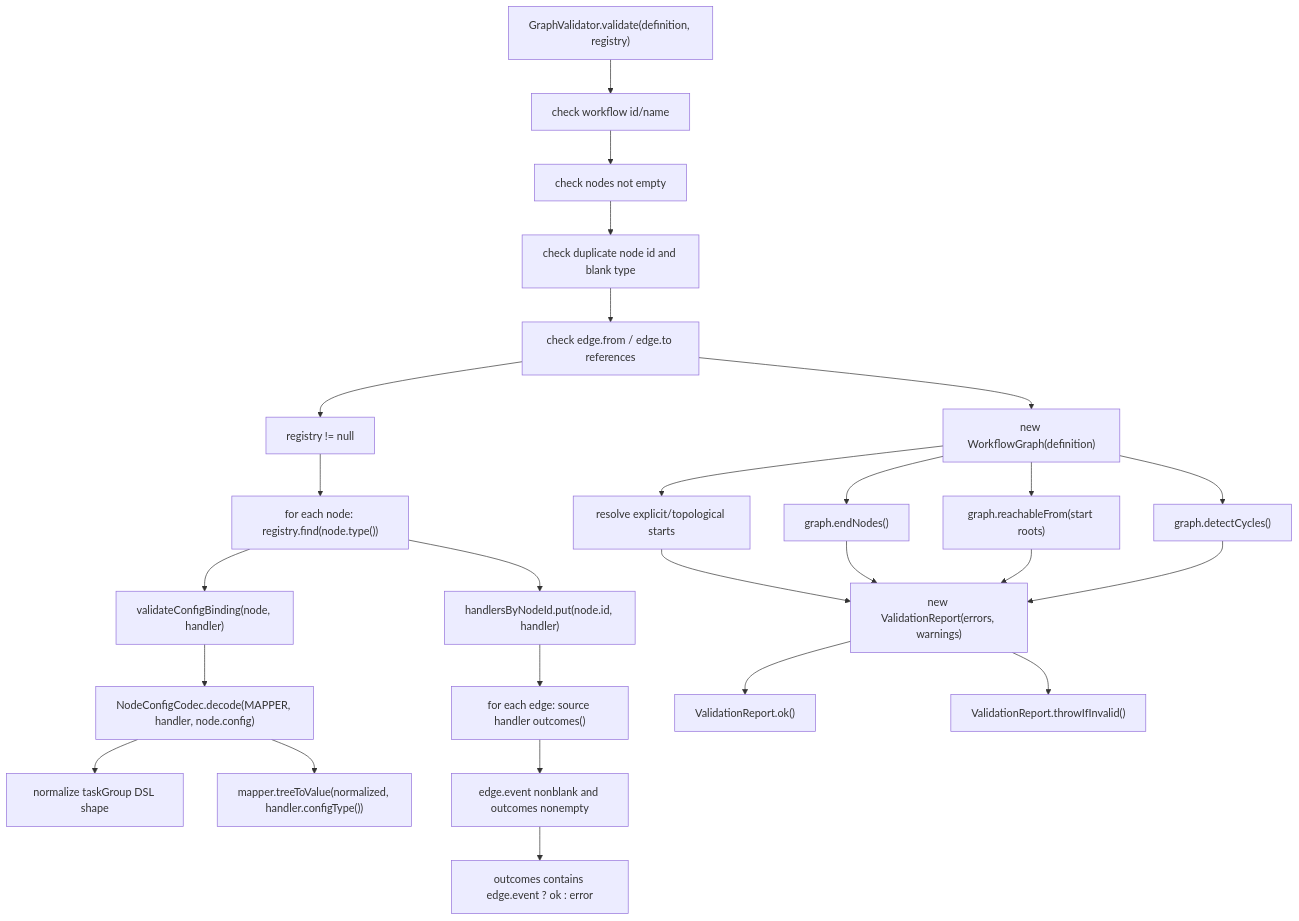
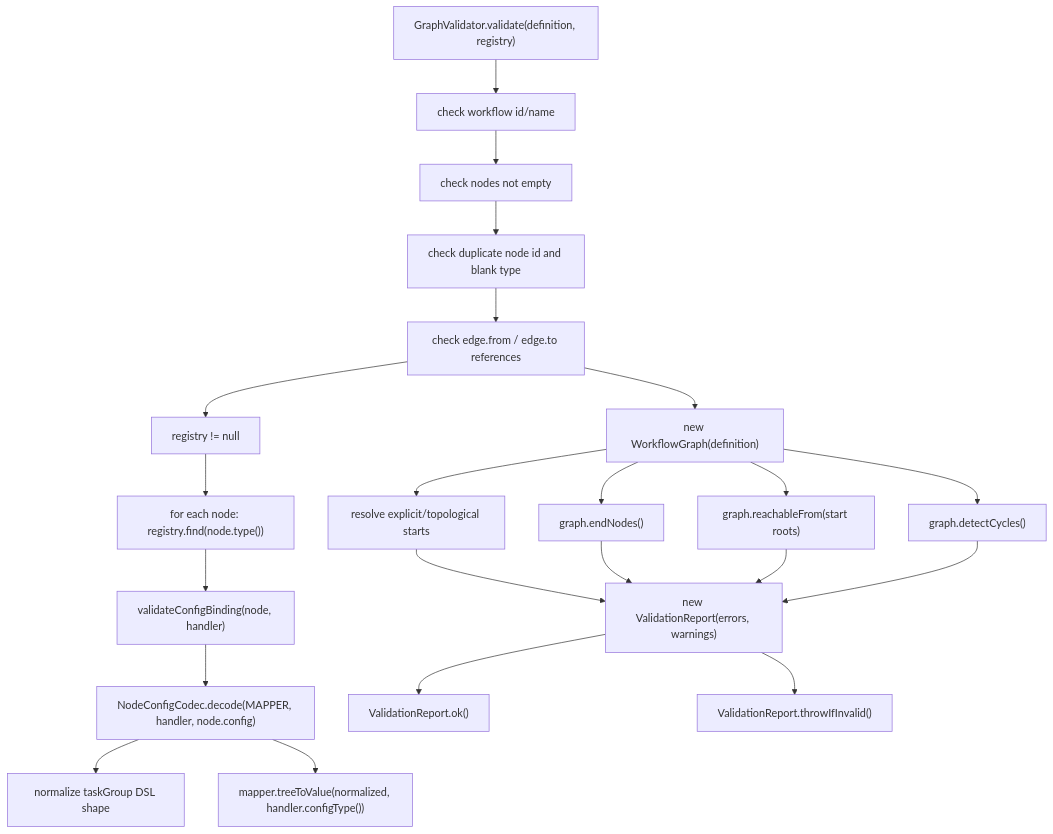
One commit to michelleclar/Infrastructure changed the fifth of 23 diagrams in infrastructure-component-workflow-core/docs/CALL_GRAPH.md. Above: the diagram before and after it, drawn with Mermaid. The commit also changed other lines of this file and 58 other files, not shown here.

Commit message:
Refactor workflow docs and handlers to use string outcomes

````diff
--- a/infrastructure-component-workflow-core/docs/CALL_GRAPH.md
+++ b/infrastructure-component-workflow-core/docs/CALL_GRAPH.md
@@ -182,28 +182,24 @@
 ```mermaid
 flowchart TD
     A["GraphValidator.validate(definition, registry)"] --> B["check workflow id/name"]
     B --> C["check nodes not empty"]
     C --> D["check duplicate node id and blank type"]
     D --> E["check edge.from / edge.to references"]
     E --> F["registry != null"]
     F --> G["for each node: registry.find(node.type())"]
     G --> H["validateConfigBinding(node, handler)"]
     H --> I["NodeConfigCodec.decode(MAPPER, handler, node.config)"]
     I --> I1["normalize taskGroup DSL shape"]
     I --> I2["mapper.treeToValue(normalized, handler.configType())"]
-    G --> J["handlersByNodeId.put(node.id, handler)"]
-    J --> K["for each edge: source handler outcomes()"]
-    K --> L["edge.event nonblank and outcomes nonempty"]
-    L --> M["outcomes contains edge.event ? ok : error"]
     E --> N["new WorkflowGraph(definition)"]
     N --> O["resolve explicit/topological starts"]
     N --> P["graph.endNodes()"]
     N --> Q["graph.reachableFrom(start roots)"]
     N --> R["graph.detectCycles()"]
     O --> S["new ValidationReport(errors, warnings)"]
     P --> S
     Q --> S
     R --> S
     S --> T["ValidationReport.ok()"]
     S --> U["ValidationReport.throwIfInvalid()"]
 ```
````
